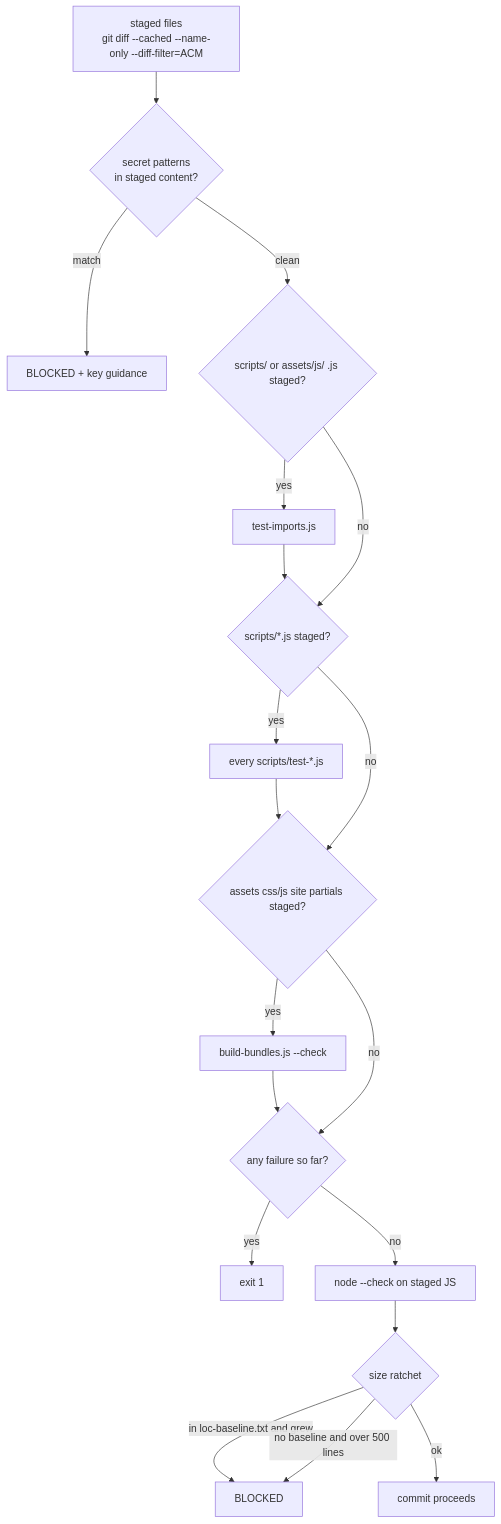
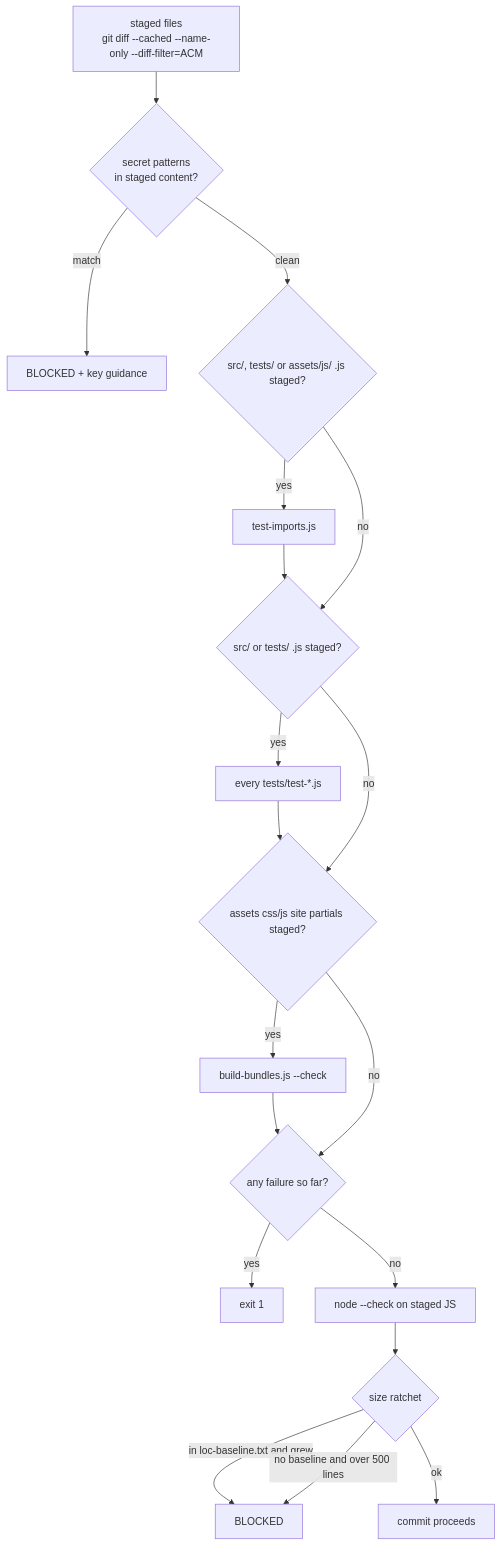
Before and after one commit to moses-y/moses-y.github.io: the second of 2 diagrams in docs/architecture/08-cicd.md, drawn with Mermaid. The commit also changed other lines of this file and 160 other files, not shown here.

First line of the commit message:
Reorganise scripts/ into src/ and tests/, and delete the dead images/

````diff
--- a/docs/architecture/08-cicd.md
+++ b/docs/architecture/08-cicd.md
@@ -121,21 +121,21 @@
 ```mermaid
 flowchart TD
     S["staged files<br/>git diff --cached --name-only --diff-filter=ACM"] --> A{secret patterns<br/>in staged content?}
     A -- match --> AF[BLOCKED + key guidance]
-    A -- clean --> B{scripts/ or assets/js/ .js staged?}
+    A -- clean --> B{src/, tests/ or assets/js/ .js staged?}
     B -- yes --> B1[test-imports.js]
-    B1 --> C{scripts/*.js staged?}
+    B1 --> C{src/ or tests/ .js staged?}
     B -- no --> C
-    C -- yes --> C1["every scripts/test-*.js"]
+    C -- yes --> C1["every tests/test-*.js"]
     C1 --> D{"assets css/js site partials staged?"}
     C -- no --> D
     D -- yes --> D1[build-bundles.js --check]
     D1 --> E{any failure so far?}
     D -- no --> E
     E -- yes --> EF[exit 1]
     E -- no --> F[node --check on staged JS]
     F --> G{size ratchet}
     G -- "in loc-baseline.txt and grew" --> GF[BLOCKED]
     G -- "no baseline and over 500 lines" --> GF
     G -- ok --> OK[commit proceeds]
 ```
````
